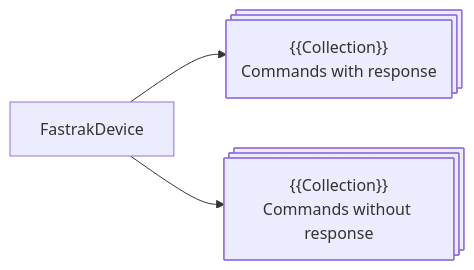
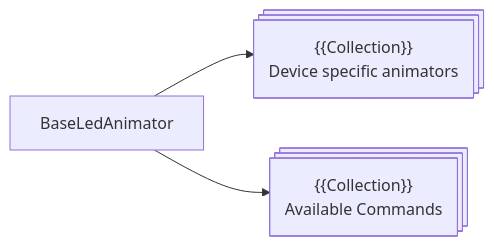
One commit to Nontrivial-Solutions/Simple-LED-Animation-Serial-Driver changed the third of 4 diagrams in docs/README.md. Above: the diagram before and after it, drawn with Mermaid. The commit also changed other lines of this file and 40 other files, not shown here.

````diff
--- a/docs/README.md
+++ b/docs/README.md
@@ -251,9 +243,9 @@
 ```mermaid
 flowchart LR
-    device["FastrakDevice"]
-    cwr@{ shape: processes, label: "{{Collection}}<br>Commands with response" }
-    cwor@{ shape: processes, label: "{{Collection}}<br>Commands without response" }
+    device["BaseLedAnimator"]
+    cwr@{ shape: processes, label: "{{Collection}}<br>Device specific animators" }
+    commands@{ shape: processes, label: "{{Collection}}<br>Available Commands" }
 
-    device--> cwr
-    device --> cwor 
+    device --> cwr
+    device --> commands 
 ```
````
